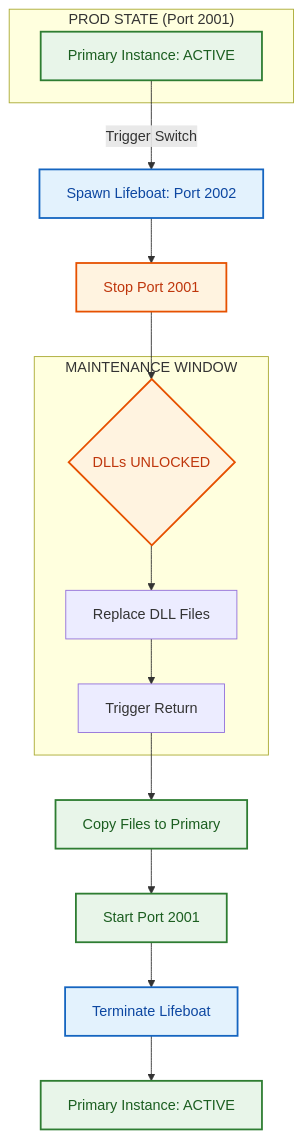
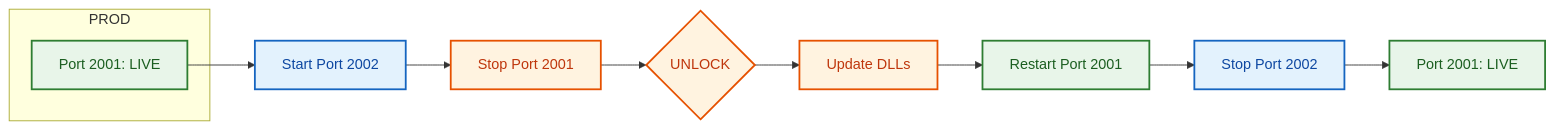
One commit to bhagirath00/NginxBlueGreen changed the diagram in README.md. Above: the diagram before and after it, drawn with Mermaid. The commit also changed other lines of this file, not shown here.

Commit message:
Updated Readme.md file

````diff
--- a/README.md
+++ b/README.md
@@ -7,24 +11,19 @@
 ```mermaid
-graph TD
+graph LR
+    %% Node Styles
     classDef green fill:#e8f5e9,stroke:#2e7d32,stroke-width:2px,color:#1b5e20;
     classDef blue fill:#e3f2fd,stroke:#1565c0,stroke-width:2px,color:#0d47a1;
     classDef orange fill:#fff3e0,stroke:#e65100,stroke-width:2px,color:#bf360c;
 
-    subgraph "PROD STATE (Port 2001)"
-        A[Primary Instance: ACTIVE]:::green
+    subgraph "PROD"
+        A[Port 2001: LIVE]:::green
     end
 
-    A -->|Trigger Switch| B[Spawn Lifeboat: Port 2002]:::blue
+    A --> B[Start Port 2002]:::blue
     B --> C[Stop Port 2001]:::orange
-    C --> D{DLLs UNLOCKED}:::orange
-
-    subgraph "MAINTENANCE WINDOW"
-        D --> E[Replace DLL Files]
-        E --> F[Trigger Return]
-    end
-
-    F --> G[Copy Files to Primary]:::green
-    G --> H[Start Port 2001]:::green
-    H --> I[Terminate Lifeboat]:::blue
-    I --> J[Primary Instance: ACTIVE]:::green
+    C --> D{UNLOCK}:::orange
+    D --> E[Update DLLs]:::orange
+    E --> F[Restart Port 2001]:::green
+    F --> G[Stop Port 2002]:::blue
+    G --> H[Port 2001: LIVE]:::green
 ```
````
